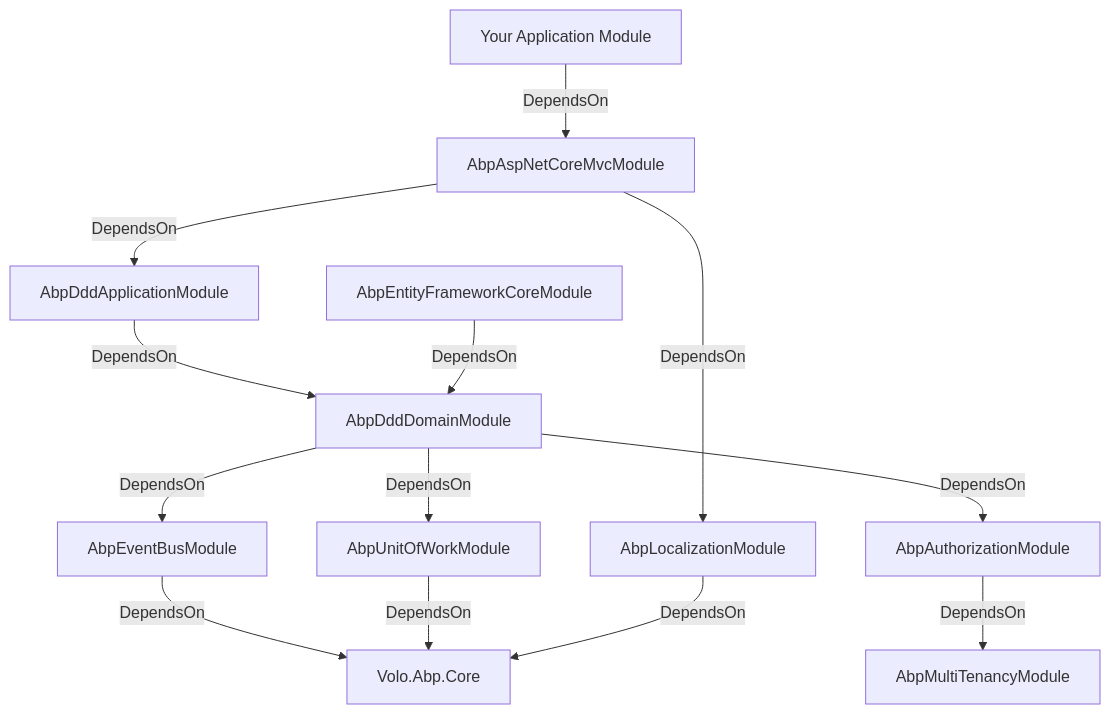
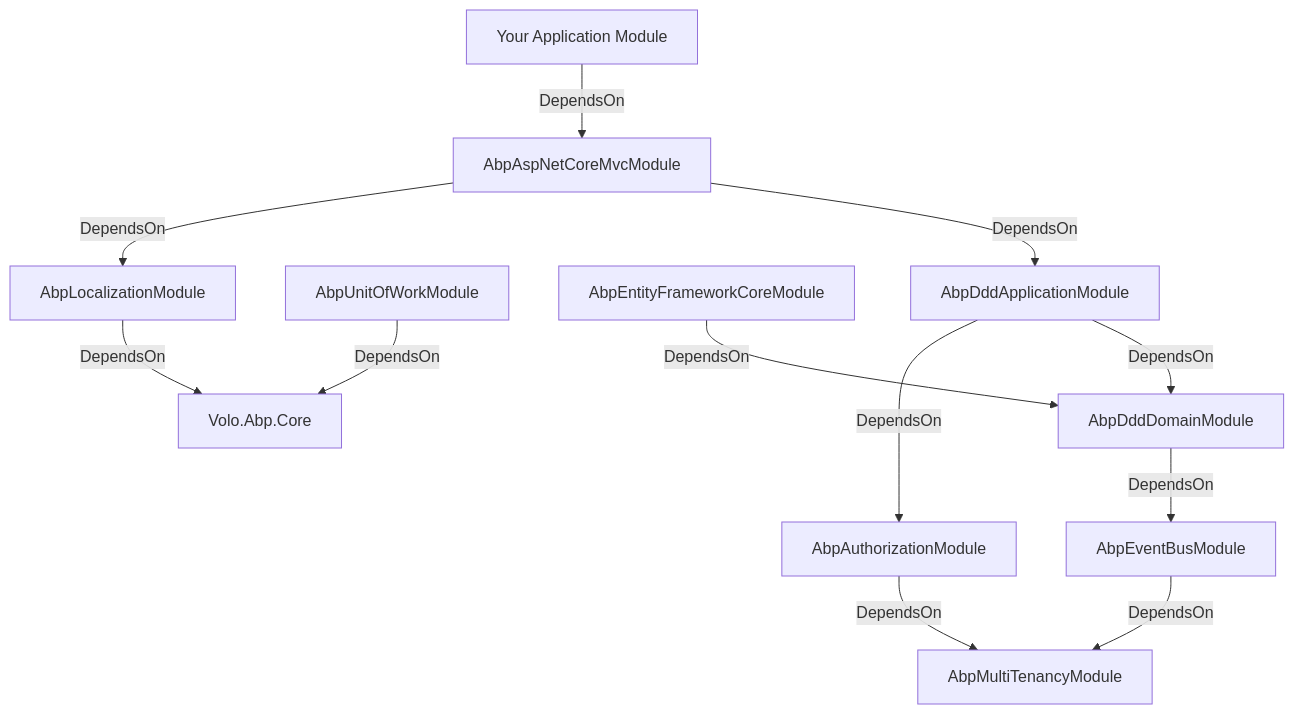
The first of 3 diagrams in architecture-overview.mdx (mintlify-atlas/docs-wiki-77697fc1), drawn with Mermaid before and after one commit. The commit also changed other lines of this file and 37 other files, not shown here.

````diff
--- a/architecture-overview.mdx
+++ b/architecture-overview.mdx
@@ -57,27 +57,26 @@
 ```mermaid
 graph TD
     App[Your Application Module]
     MVC[AbpAspNetCoreMvcModule]
     DDD[AbpDddApplicationModule]
     Domain[AbpDddDomainModule]
     UoW[AbpUnitOfWorkModule]
     EF[AbpEntityFrameworkCoreModule]
     Auth[AbpAuthorizationModule]
     MT[AbpMultiTenancyModule]
     EB[AbpEventBusModule]
     Loc[AbpLocalizationModule]
-    Core[Volo.Abp.Core]
+    Core["Volo.Abp.Core"]
 
     App -->|DependsOn| MVC
     MVC -->|DependsOn| DDD
     MVC -->|DependsOn| Loc
     DDD -->|DependsOn| Domain
-    Domain -->|DependsOn| UoW
-    Domain -->|DependsOn| Auth
+    DDD -->|DependsOn| Auth
     Auth -->|DependsOn| MT
     EF -->|DependsOn| Domain
     Domain -->|DependsOn| EB
-    EB -->|DependsOn| Core
+    EB -->|DependsOn| MT
     UoW -->|DependsOn| Core
     Loc -->|DependsOn| Core
 ```
````
